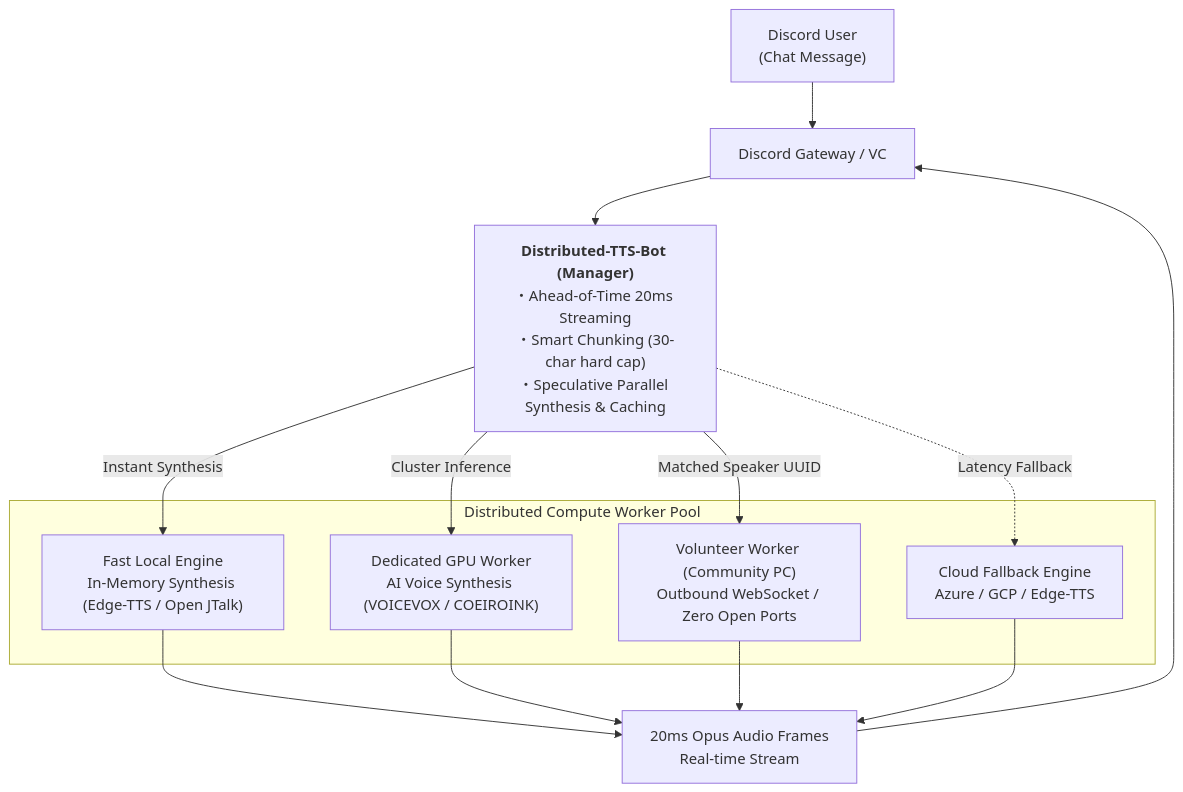
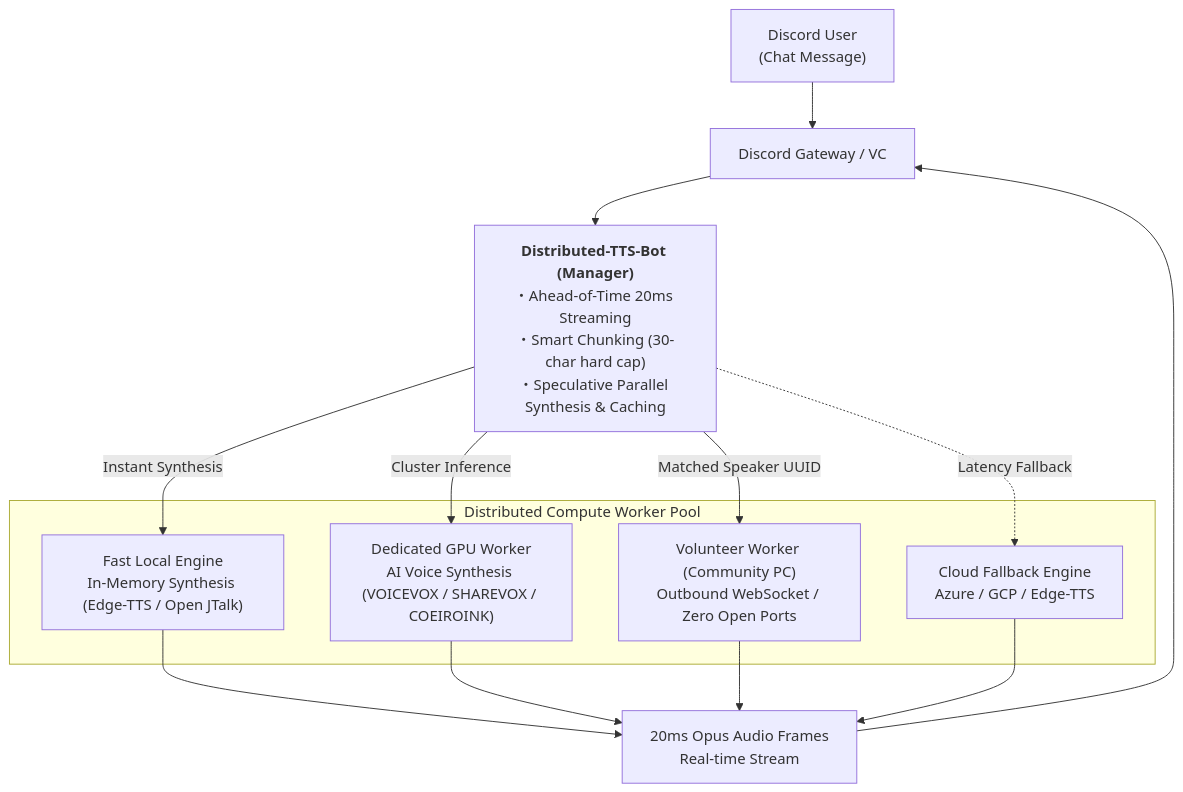
One commit to Maximilian2022/Distributed-TTS-Bot changed the diagram in README.en.md. Above: the diagram before and after it, drawn with Mermaid. The commit also changed other lines of this file and 5 other files, not shown here.

````diff
--- a/README.en.md
+++ b/README.en.md
@@ -24,23 +24,23 @@
 ```mermaid
 graph TD
     User["Discord User<br>(Chat Message)"] --> Discord["Discord Gateway / VC"]
     Discord --> Bot["<b>Distributed-TTS-Bot (Manager)</b><br>・Ahead-of-Time 20ms Streaming<br>・Smart Chunking (30-char hard cap)<br>・Speculative Parallel Synthesis & Caching"]
 
     subgraph "Distributed Compute Worker Pool"
         LocalFast["Fast Local Engine<br>In-Memory Synthesis (Edge-TTS / Open JTalk)"]
-        GPUWorker["Dedicated GPU Worker<br>AI Voice Synthesis (VOICEVOX / COEIROINK)"]
+        GPUWorker["Dedicated GPU Worker<br>AI Voice Synthesis (VOICEVOX / SHAREVOX / COEIROINK)"]
         WorkerVol["Volunteer Worker (Community PC)<br>Outbound WebSocket / Zero Open Ports"]
         Cloud["Cloud Fallback Engine<br>Azure / GCP / Edge-TTS"]
     end
 
     Bot -->|Instant Synthesis| LocalFast
     Bot -->|Cluster Inference| GPUWorker
     Bot -->|Matched Speaker UUID| WorkerVol
     Bot -.->|Latency Fallback| Cloud
 
     LocalFast --> Stream["20ms Opus Audio Frames<br>Real-time Stream"]
     GPUWorker --> Stream
     WorkerVol --> Stream
     Cloud --> Stream
     Stream --> Discord
 ```
````
